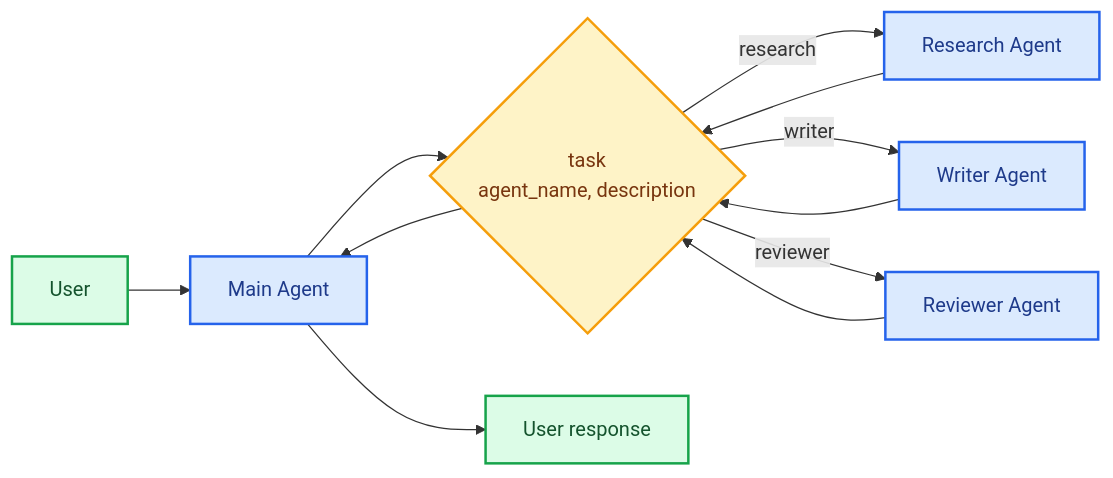
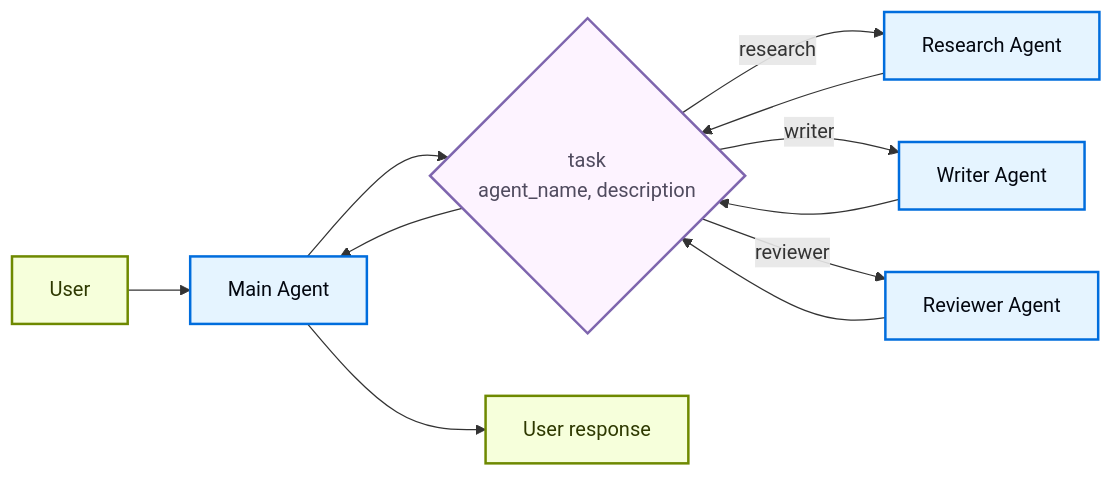
One commit to ActianCorp/langchain-ai-docs changed the fifth of 5 diagrams in build/oss/javascript/langchain/multi-agent/subagents.mdx. Above: the diagram before and after it, drawn with Mermaid. The commit also changed other lines of this file and 2455 other files, not shown here.

````diff
--- a/build/oss/javascript/langchain/multi-agent/subagents.mdx
+++ b/build/oss/javascript/langchain/multi-agent/subagents.mdx
@@ -252,21 +252,21 @@
 ```mermaid
 graph LR
     A[User] --> B[Main Agent]
     B --> C{task<br/>agent_name, description}
     C -->|research| D[Research Agent]
     C -->|writer| E[Writer Agent]
     C -->|reviewer| F[Reviewer Agent]
     D --> C
     E --> C
     F --> C
     C --> B
     B --> G[User response]
 
-    classDef trigger fill:#DCFCE7,stroke:#16A34A,stroke-width:2px,color:#14532D
-    classDef process fill:#DBEAFE,stroke:#2563EB,stroke-width:2px,color:#1E3A8A
-    classDef decision fill:#FEF3C7,stroke:#F59E0B,stroke-width:2px,color:#78350F
+    classDef trigger fill:#F6FFDB,stroke:#6E8900,stroke-width:2px,color:#2E3900
+    classDef process fill:#E5F4FF,stroke:#006DDD,stroke-width:2px,color:#030710
+    classDef decision fill:#FDF3FF,stroke:#7E65AE,stroke-width:2px,color:#504B5F
 
     class A,G trigger
     class B,D,E,F process
     class C decision
 ```
````
